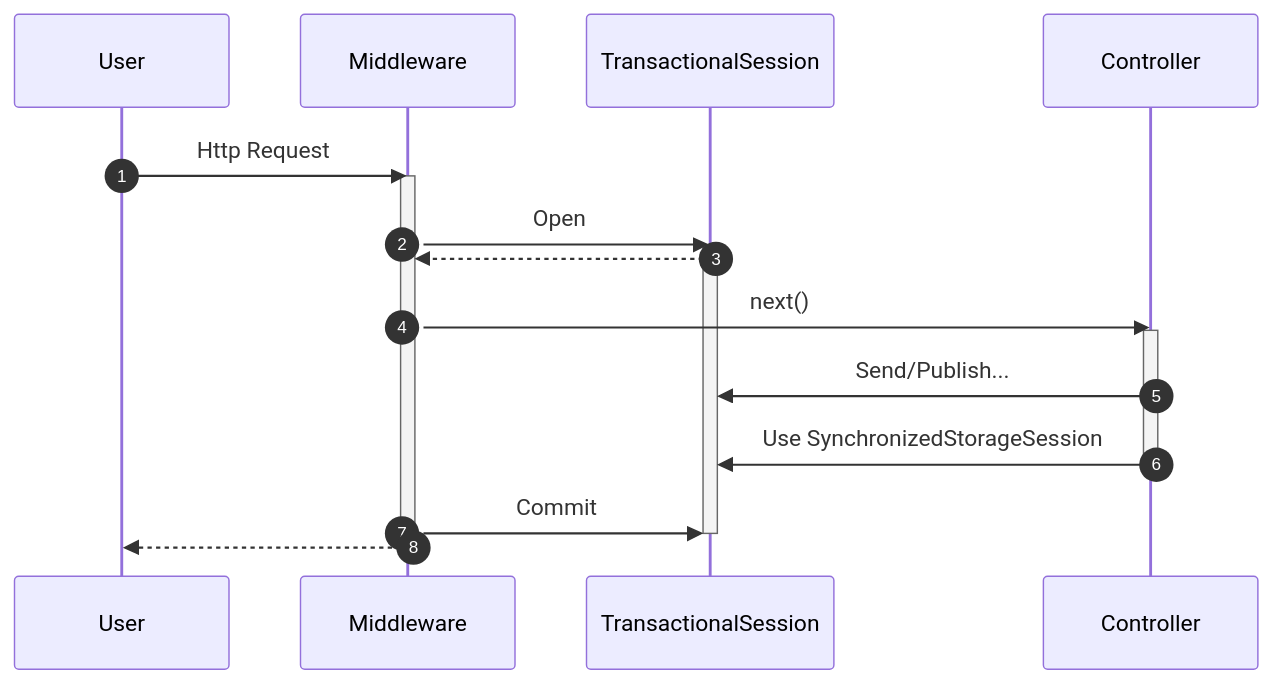
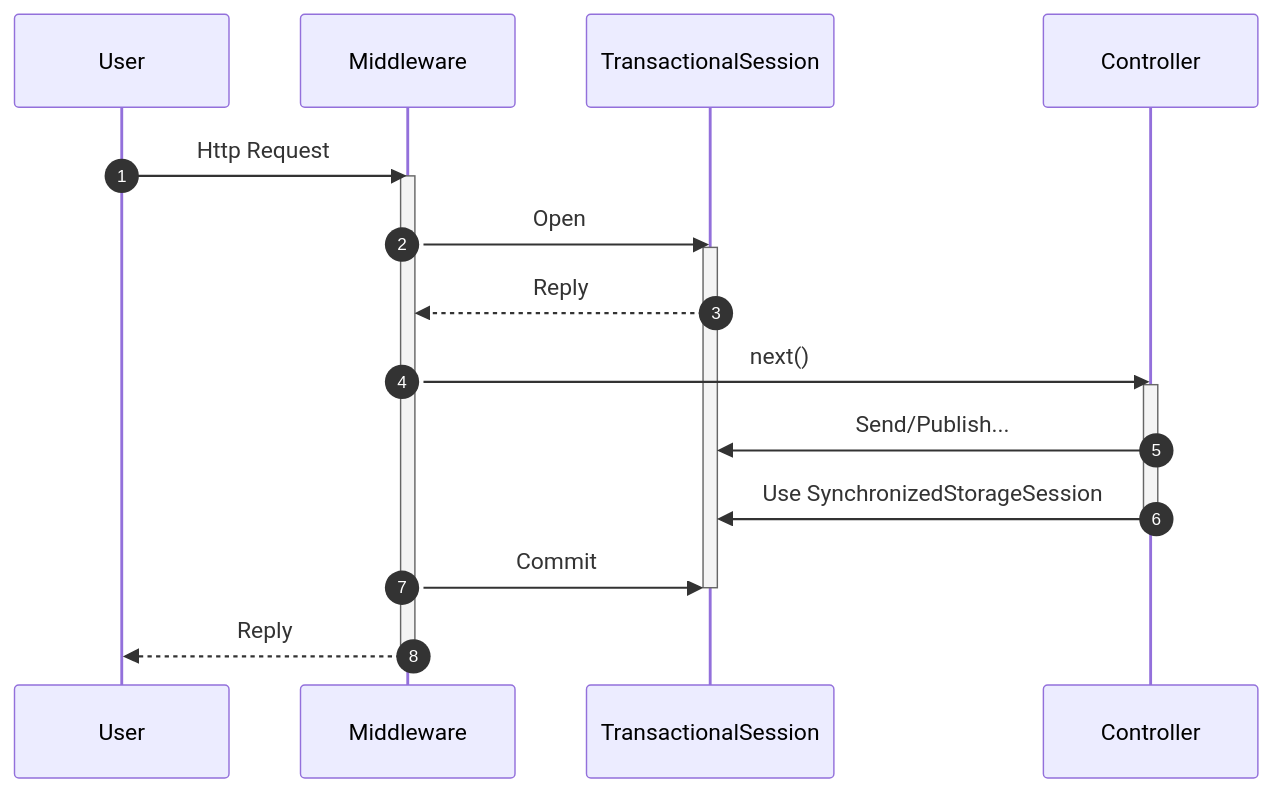
Before and after one commit to Particular/docs.particular.net: the diagram in samples/transactional-session/aspnetcore-webapi/sample.md, drawn with Mermaid. The commit also changed 3 other files, not shown here.

Commit message:
Add required text to mermaid sequence diagram

````diff
--- a/samples/transactional-session/aspnetcore-webapi/sample.md
+++ b/samples/transactional-session/aspnetcore-webapi/sample.md
@@ -59,18 +59,18 @@
 ```mermaid
 sequenceDiagram
     autonumber
     User->>Middleware: Http Request
     activate Middleware
     Middleware->>TransactionalSession: Open
     activate TransactionalSession
-    TransactionalSession-->>Middleware: 
+    TransactionalSession-->>Middleware: Reply
     Middleware->>Controller: next()
     activate Controller
     Controller->>TransactionalSession: Send/Publish...
     Controller->>TransactionalSession: Use SynchronizedStorageSession
     deactivate Controller
     Middleware->>TransactionalSession: Commit
     deactivate TransactionalSession
-    Middleware-->>User: 
+    Middleware-->>User: Reply
     deactivate Middleware
 ```
````
